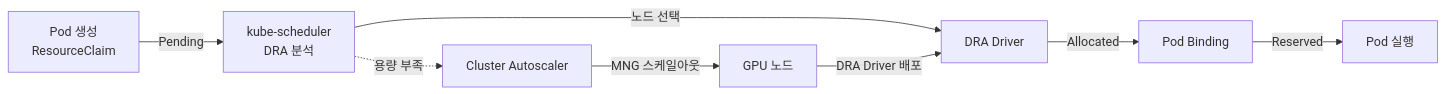
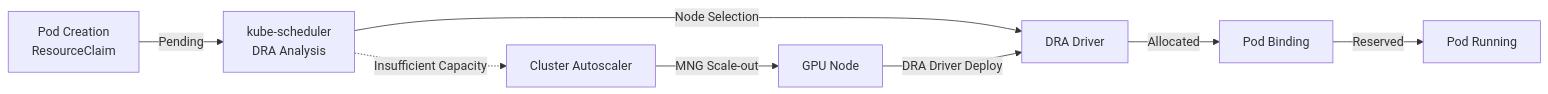
Before and after one commit to devfloor9/engineering-playbook: the first of 3 diagrams in docs/agentic-ai-platform/model-serving/gpu-infrastructure/gpu-resource-management.md, drawn with Mermaid. The commit also changed other lines of this file and 954 other files, not shown here.

````diff
--- a/docs/agentic-ai-platform/model-serving/gpu-infrastructure/gpu-resource-management.md
+++ b/docs/agentic-ai-platform/model-serving/gpu-infrastructure/gpu-resource-management.md
@@ -245,11 +245,11 @@
 ```mermaid
 flowchart LR
-    A[Pod 생성<br/>ResourceClaim] -->|Pending| B[kube-scheduler<br/>DRA 분석]
-    B -->|노드 선택| D[DRA Driver]
+    A[Pod Creation<br/>ResourceClaim] -->|Pending| B[kube-scheduler<br/>DRA Analysis]
+    B -->|Node Selection| D[DRA Driver]
     D -->|Allocated| E[Pod Binding]
-    E -->|Reserved| F[Pod 실행]
+    E -->|Reserved| F[Pod Running]
 
-    B -.->|용량 부족| CA[Cluster Autoscaler]
-    CA -->|MNG 스케일아웃| N[GPU 노드]
-    N -->|DRA Driver 배포| D
+    B -.->|Insufficient Capacity| CA[Cluster Autoscaler]
+    CA -->|MNG Scale-out| N[GPU Node]
+    N -->|DRA Driver Deploy| D
 ```
````
